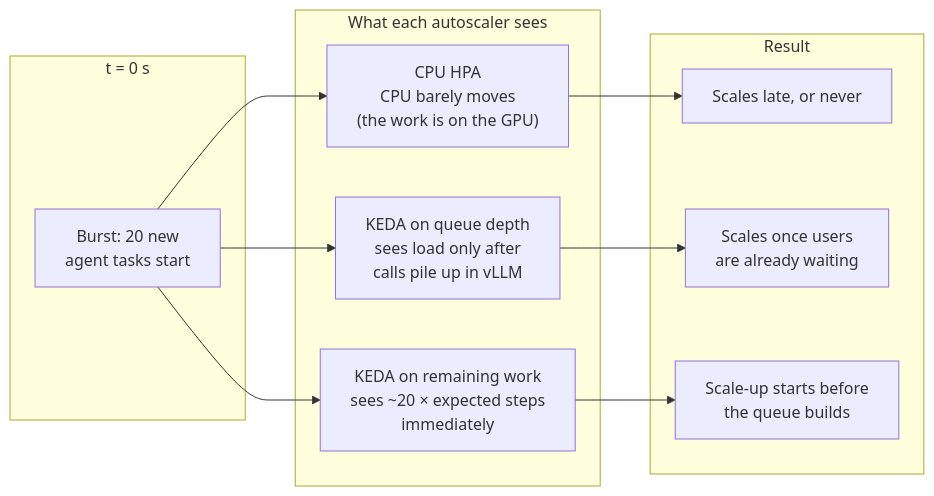
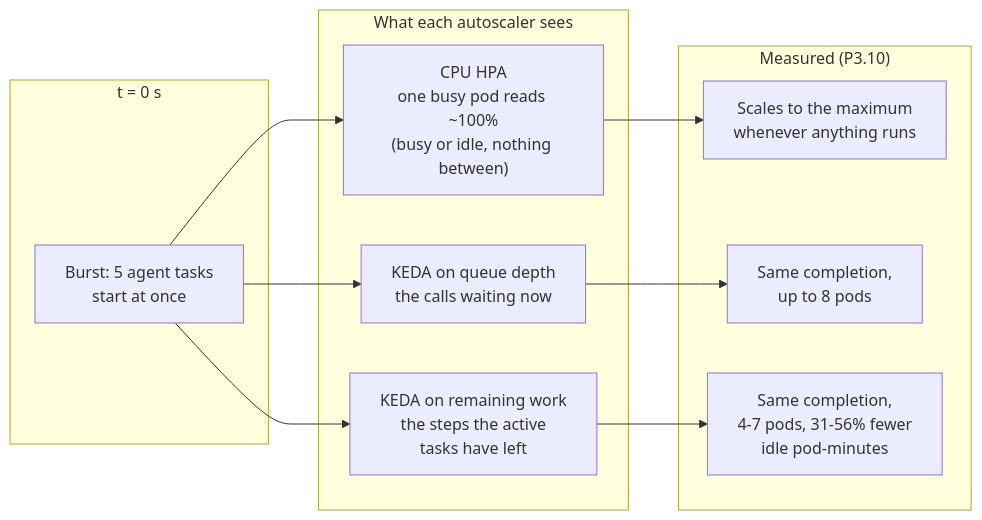
Before and after one commit to Dkostoski30/agent-aware-llm-routing: the fifth of 10 diagrams in README.md, drawn with Mermaid. The commit also changed other lines of this file and 7 other files, not shown here.

````diff
--- a/README.md
+++ b/README.md
@@ -230,19 +235,19 @@
 ```mermaid
 flowchart LR
     subgraph t0["t = 0 s"]
-        b["Burst: 20 new<br/>agent tasks start"]
+        b["Burst: 5 agent tasks<br/>start at once"]
     end
     subgraph signals["What each autoscaler sees"]
-        cpu["CPU HPA<br/>CPU barely moves<br/>(the work is on the GPU)"]
-        queue["KEDA on queue depth<br/>sees load only after<br/>calls pile up in vLLM"]
-        rw["KEDA on remaining work<br/>sees ~20 × expected steps<br/>immediately"]
+        cpu["CPU HPA<br/>one busy pod reads ~100%<br/>(busy or idle, nothing between)"]
+        queue["KEDA on queue depth<br/>the calls waiting now"]
+        rw["KEDA on remaining work<br/>the steps the active<br/>tasks have left"]
     end
-    subgraph outcome["Result"]
-        late["Scales late, or never"]
-        mid["Scales once users<br/>are already waiting"]
-        early["Scale-up starts before<br/>the queue builds"]
+    subgraph outcome["Measured (P3.10)"]
+        cpuR["Scales to the maximum<br/>whenever anything runs"]
+        queueR["Same completion,<br/>up to 8 pods"]
+        rwR["Same completion,<br/>4-7 pods, 31-56% fewer<br/>idle pod-minutes"]
     end
-    b --> cpu --> late
-    b --> queue --> mid
-    b --> rw --> early
+    b --> cpu --> cpuR
+    b --> queue --> queueR
+    b --> rw --> rwR
 ```
````
